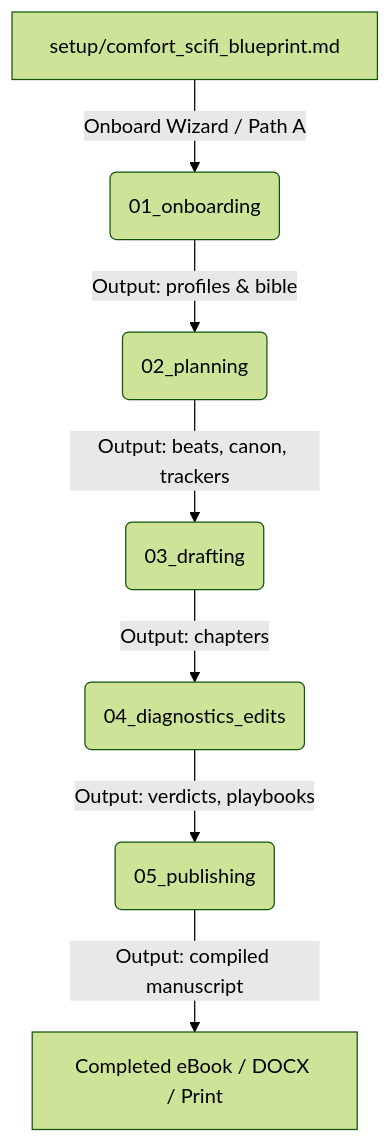
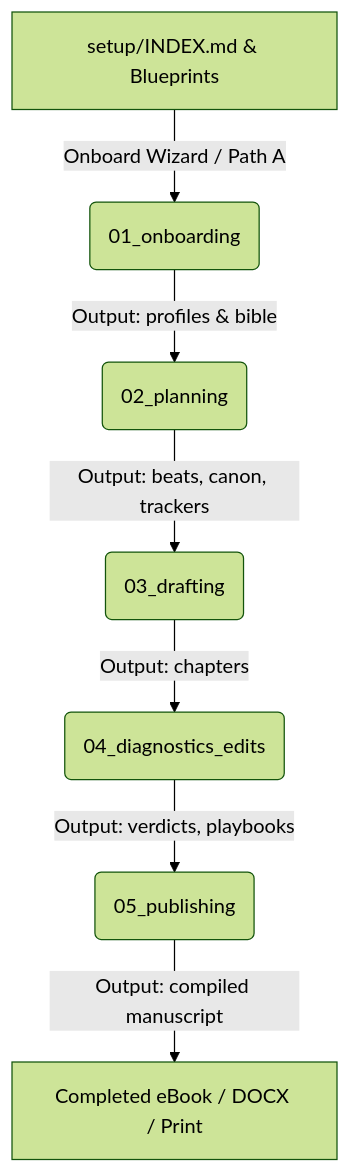
Before and after one commit to richardelder2/Soundingboard: the diagram in CONTEXT.md, drawn with Mermaid (forest theme). The commit also changed other lines of this file and 7 other files, not shown here.

Commit message:
Add onboarding genre triage, blueprint registry index, and dynamic wizard selection

````diff
--- a/CONTEXT.md
+++ b/CONTEXT.md
@@ -7,9 +7,9 @@
 ```mermaid
 graph TD
-    A[setup/comfort_scifi_blueprint.md] -->|Onboard Wizard / Path A| B(01_onboarding)
+    A[setup/INDEX.md & Blueprints] -->|Onboard Wizard / Path A| B(01_onboarding)
     B -->|Output: profiles & bible| C(02_planning)
     C -->|Output: beats, canon, trackers| D(03_drafting)
     D -->|Output: chapters| E(04_diagnostics_edits)
     E -->|Output: verdicts, playbooks| F(05_publishing)
     F -->|Output: compiled manuscript| G[Completed eBook / DOCX / Print]
 ```
````
